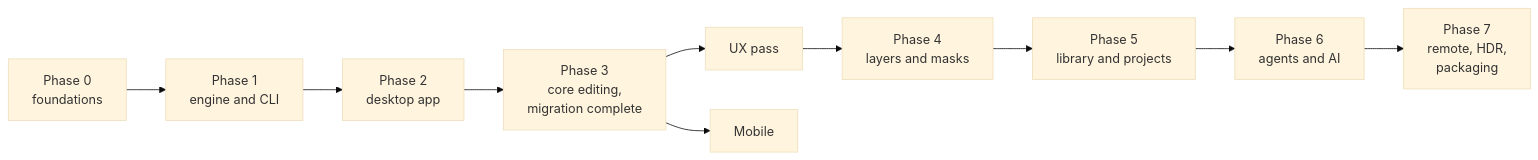
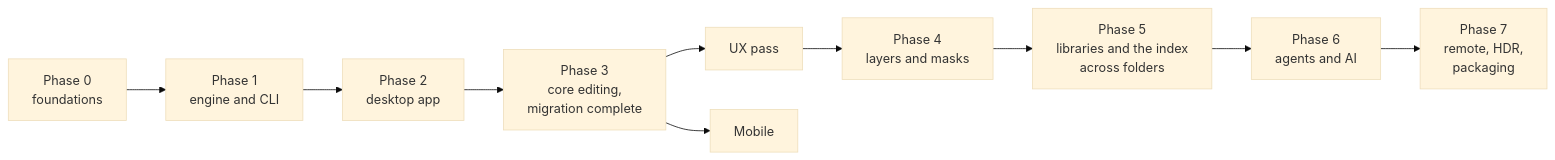
One commit to apertrust/apertrust changed the diagram in docs/roadmap.md. Above: the diagram before and after it, drawn with Mermaid (base theme). The commit also changed other lines of this file and 31 other files, not shown here.

First line of the commit message:
Record decision 101: folders first, libraries optional

````diff
--- a/docs/roadmap.md
+++ b/docs/roadmap.md
@@ -14,6 +14,6 @@
 ```mermaid
 flowchart LR
     p0["Phase 0<br/>foundations"] --> p1["Phase 1<br/>engine and CLI"] --> p2["Phase 2<br/>desktop app"] --> p3["Phase 3<br/>core editing,<br/>migration complete"]
-    p3 --> ux["UX pass"] --> p4["Phase 4<br/>layers and masks"] --> p5["Phase 5<br/>library and projects"] --> p6["Phase 6<br/>agents and AI"] --> p7["Phase 7<br/>remote, HDR,<br/>packaging"]
+    p3 --> ux["UX pass"] --> p4["Phase 4<br/>layers and masks"] --> p5["Phase 5<br/>libraries and the index<br/>across folders"] --> p6["Phase 6<br/>agents and AI"] --> p7["Phase 7<br/>remote, HDR,<br/>packaging"]
     p3 --> mobile["Mobile"]
 ```
````
